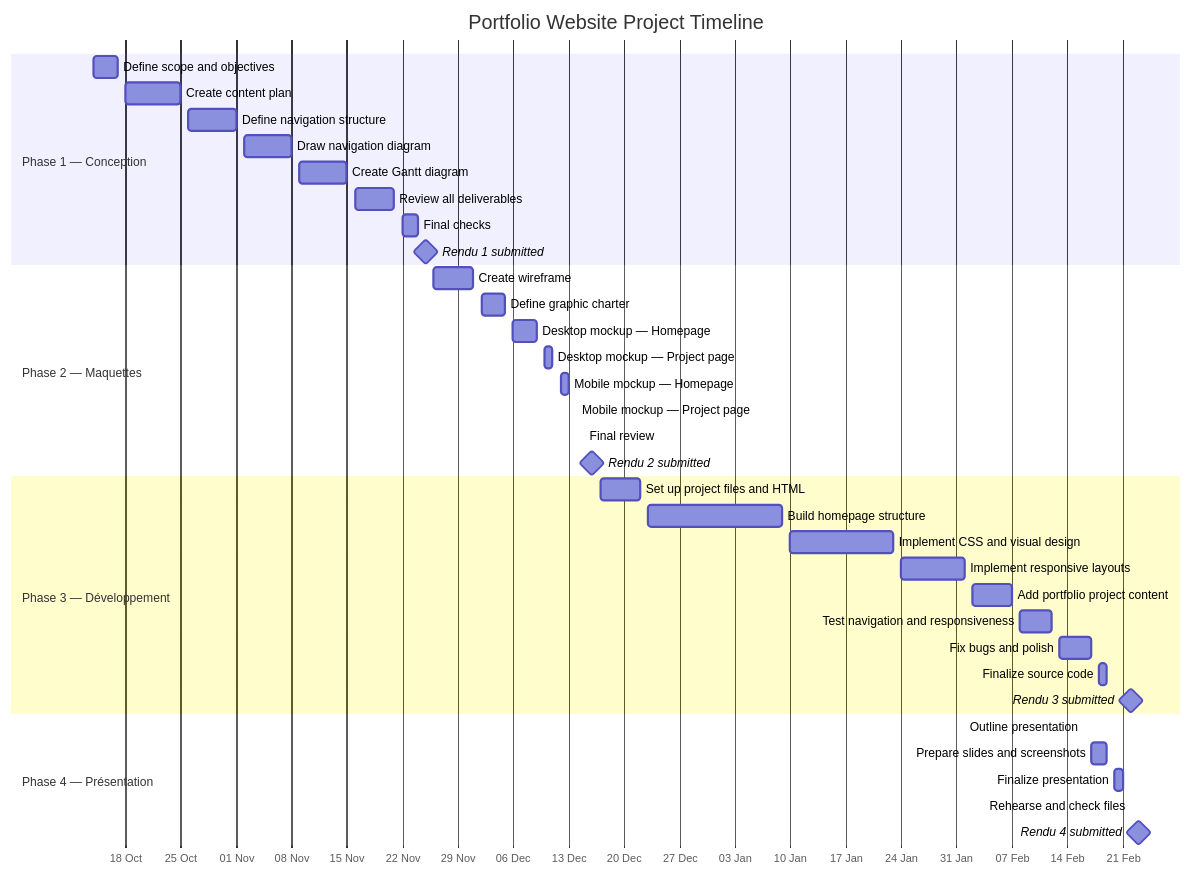
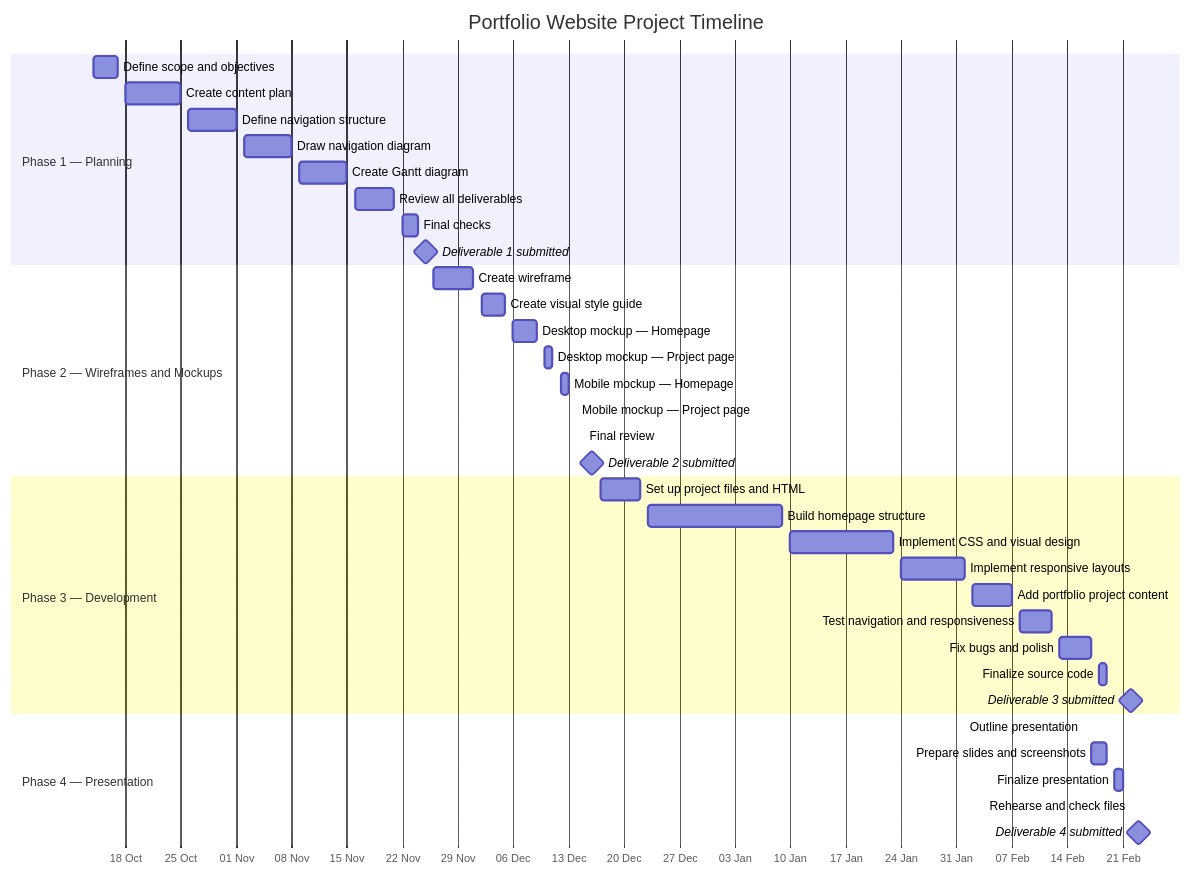
One commit to Noe-Bouzait/portfolio changed the diagram in PROJECT_PLAN.md. Above: the diagram before and after it, drawn with Mermaid. The commit also changed other lines of this file, not shown here.

Commit message:
Update PROJECT_PLAN.md
The old project plan had a mix of french and english, thought it was confusing so I stuck to english.

````diff
--- a/PROJECT_PLAN.md
+++ b/PROJECT_PLAN.md
@@ -5,44 +5,44 @@
 ```mermaid
 gantt
     title Portfolio Website Project Timeline
     dateFormat YYYY-MM-DD
     axisFormat %d %b
 
-    section Phase 1 — Conception
+    section Phase 1 — Planning
     Define scope and objectives       :scope, 2026-10-14, 2026-10-17
     Create content plan               :contentplan, 2026-10-18, 2026-10-25
     Define navigation structure       :navigation, 2026-10-26, 2026-11-01
     Draw navigation diagram           :navdiagram, 2026-11-02, 2026-11-08
     Create Gantt diagram              :gantt, 2026-11-09, 2026-11-15
-    Review all deliverables            :review1, 2026-11-16, 2026-11-21
-    Final checks                       :checks1, 2026-11-22, 2026-11-24
-    Rendu 1 submitted                  :milestone, r1, 2026-11-25, 0d
+    Review all deliverables           :review1, 2026-11-16, 2026-11-21
+    Final checks                      :checks1, 2026-11-22, 2026-11-24
+    Deliverable 1 submitted           :milestone, r1, 2026-11-25, 0d
 
-    section Phase 2 — Maquettes
-    Create wireframe                   :wireframe, 2026-11-26, 2026-12-01
-    Define graphic charter              :charter, 2026-12-02, 2026-12-05
-    Desktop mockup — Homepage           :desktophome, 2026-12-06, 2026-12-09
-    Desktop mockup — Project page       :desktopproject, 2026-12-10, 2026-12-11
-    Mobile mockup — Homepage            :mobilehome, 2026-12-12, 2026-12-13
-    Mobile mockup — Project page        :mobileproject, 2026-12-14, 2026-12-14
-    Final review                        :review2, 2026-12-15, 2026-12-15
-    Rendu 2 submitted                   :milestone, r2, 2026-12-16, 0d
+    section Phase 2 — Wireframes and Mockups
+    Create wireframe                  :wireframe, 2026-11-26, 2026-12-01
+    Create visual style guide         :styleguide, 2026-12-02, 2026-12-05
+    Desktop mockup — Homepage         :desktophome, 2026-12-06, 2026-12-09
+    Desktop mockup — Project page     :desktopproject, 2026-12-10, 2026-12-11
+    Mobile mockup — Homepage          :mobilehome, 2026-12-12, 2026-12-13
+    Mobile mockup — Project page      :mobileproject, 2026-12-14, 2026-12-14
+    Final review                      :review2, 2026-12-15, 2026-12-15
+    Deliverable 2 submitted           :milestone, r2, 2026-12-16, 0d
 
-    section Phase 3 — Développement
-    Set up project files and HTML       :setup, 2026-12-17, 2026-12-22
-    Build homepage structure            :homepage, 2026-12-23, 2027-01-09
-    Implement CSS and visual design     :css, 2027-01-10, 2027-01-23
-    Implement responsive layouts        :responsive, 2027-01-24, 2027-02-01
-    Add portfolio project content       :projectcontent, 2027-02-02, 2027-02-07
-    Test navigation and responsiveness  :test, 2027-02-08, 2027-02-12
-    Fix bugs and polish                 :polish, 2027-02-13, 2027-02-17
-    Finalize source code                :sourcefinal, 2027-02-18, 2027-02-19
-    Rendu 3 submitted                   :milestone, r3, 2027-02-22, 0d
+    section Phase 3 — Development
+    Set up project files and HTML     :setup, 2026-12-17, 2026-12-22
+    Build homepage structure          :homepage, 2026-12-23, 2027-01-09
+    Implement CSS and visual design   :css, 2027-01-10, 2027-01-23
+    Implement responsive layouts      :responsive, 2027-01-24, 2027-02-01
+    Add portfolio project content     :projectcontent, 2027-02-02, 2027-02-07
+    Test navigation and responsiveness :test, 2027-02-08, 2027-02-12
+    Fix bugs and polish               :polish, 2027-02-13, 2027-02-17
+    Finalize source code              :sourcefinal, 2027-02-18, 2027-02-19
+    Deliverable 3 submitted           :milestone, r3, 2027-02-22, 0d
 
-    section Phase 4 — Présentation
-    Outline presentation                :outline, 2027-02-16, 2027-02-16
-    Prepare slides and screenshots      :slides, 2027-02-17, 2027-02-19
-    Finalize presentation               :presentationfinal, 2027-02-20, 2027-02-21
-    Rehearse and check files            :rehearse, 2027-02-22, 2027-02-22
-    Rendu 4 submitted                   :milestone, r4, 2027-02-23, 0d
+    section Phase 4 — Presentation
+    Outline presentation              :outline, 2027-02-16, 2027-02-16
+    Prepare slides and screenshots    :slides, 2027-02-17, 2027-02-19
+    Finalize presentation              :presentationfinal, 2027-02-20, 2027-02-21
+    Rehearse and check files           :rehearse, 2027-02-22, 2027-02-22
+    Deliverable 4 submitted           :milestone, r4, 2027-02-23, 0d
 ```
````
